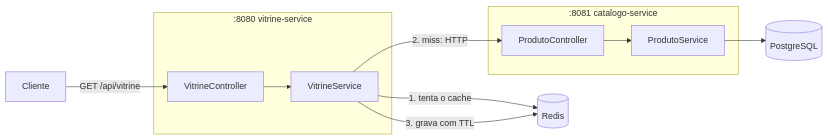
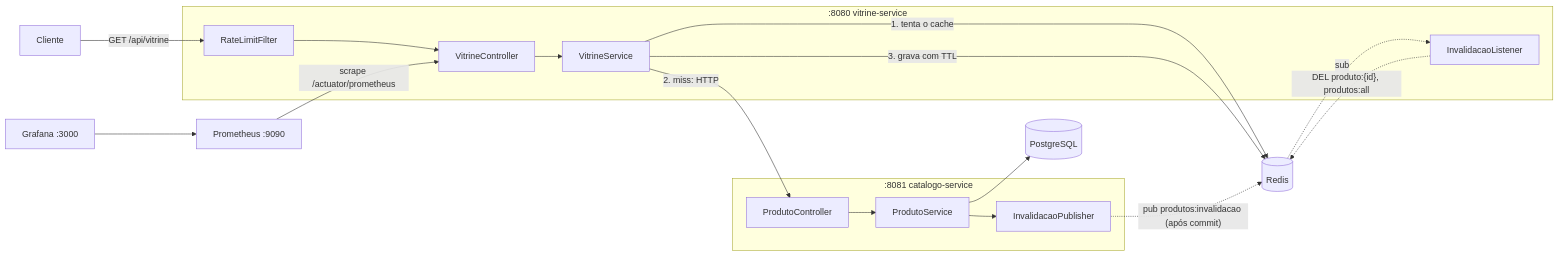
One commit to marcelopinotti/Cacheiro changed the diagram in README.md. Above: the diagram before and after it, drawn with Mermaid. The commit also changed other lines of this file and 1 other file, not shown here.

Commit message:
feat: enhance README with active invalidation, rate limiting, and observability details

````diff
--- a/README.md
+++ b/README.md
@@ -7,18 +7,25 @@
 ```mermaid
 flowchart LR
-    C[Cliente] -->|GET /api/vitrine| V
+    C[Cliente] -->|GET /api/vitrine| RL
 
     subgraph vitrine-service [":8080 vitrine-service"]
-        V[VitrineController] --> S[VitrineService]
+        RL[RateLimitFilter] --> V[VitrineController] --> S[VitrineService]
+        L[InvalidacaoListener]
     end
 
     S -->|1. tenta o cache| R[(Redis)]
     S -->|2. miss: HTTP| CT
 
     subgraph catalogo-service [":8081 catalogo-service"]
-        CT[ProdutoController] --> PS[ProdutoService]
+        CT[ProdutoController] --> PS[ProdutoService] --> PUB[InvalidacaoPublisher]
     end
 
     PS --> PG[(PostgreSQL)]
     S -->|3. grava com TTL| R
+    PUB -.->|"pub produtos:invalidacao (após commit)"| R
+    R -.->|sub| L
+    L -.->|"DEL produto:{id}, produtos:all"| R
+
+    P[Prometheus :9090] -->|scrape /actuator/prometheus| V
+    G[Grafana :3000] --> P
 ```
````
